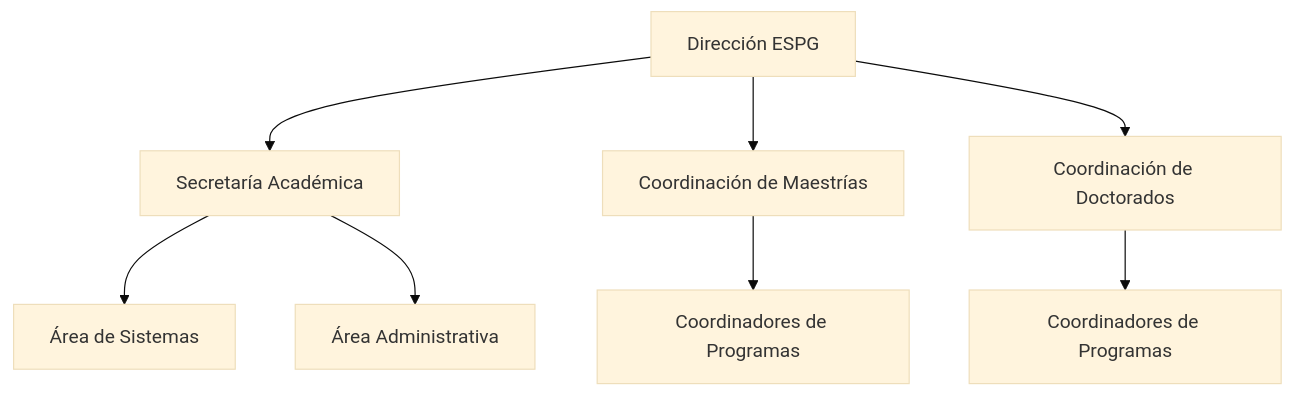
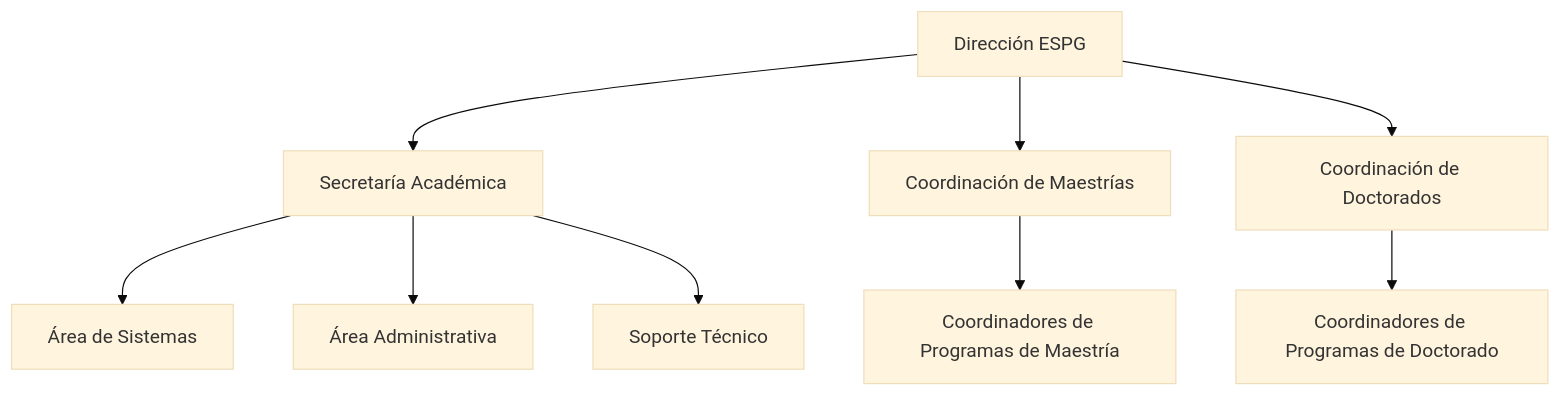
The first of 8 diagrams in docs/srs/README.md (LunaJuarezJuan/ESPG-encuestas), drawn with Mermaid (base theme) before and after one commit. The commit also changed other lines of this file, not shown here.

````diff
--- a/docs/srs/README.md
+++ b/docs/srs/README.md
@@ -24,10 +31,11 @@
 ```mermaid
 graph TD
     A[Dirección ESPG] --> B[Secretaría Académica]
     A --> C[Coordinación de Maestrías]
     A --> D[Coordinación de Doctorados]
     B --> E[Área de Sistemas]
     B --> F[Área Administrativa]
-    C --> G[Coordinadores de Programas]
-    D --> H[Coordinadores de Programas]
+    B --> G[Soporte Técnico]
+    C --> H[Coordinadores de Programas de Maestría]
+    D --> I[Coordinadores de Programas de Doctorado]
 ```
````
